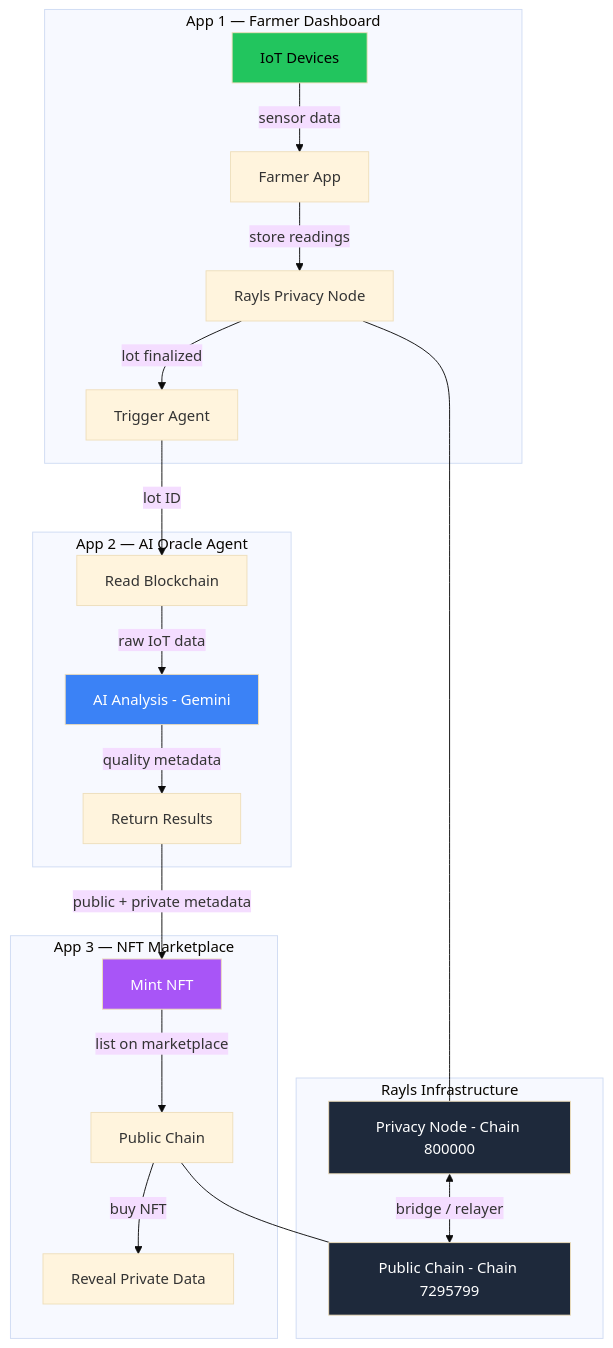
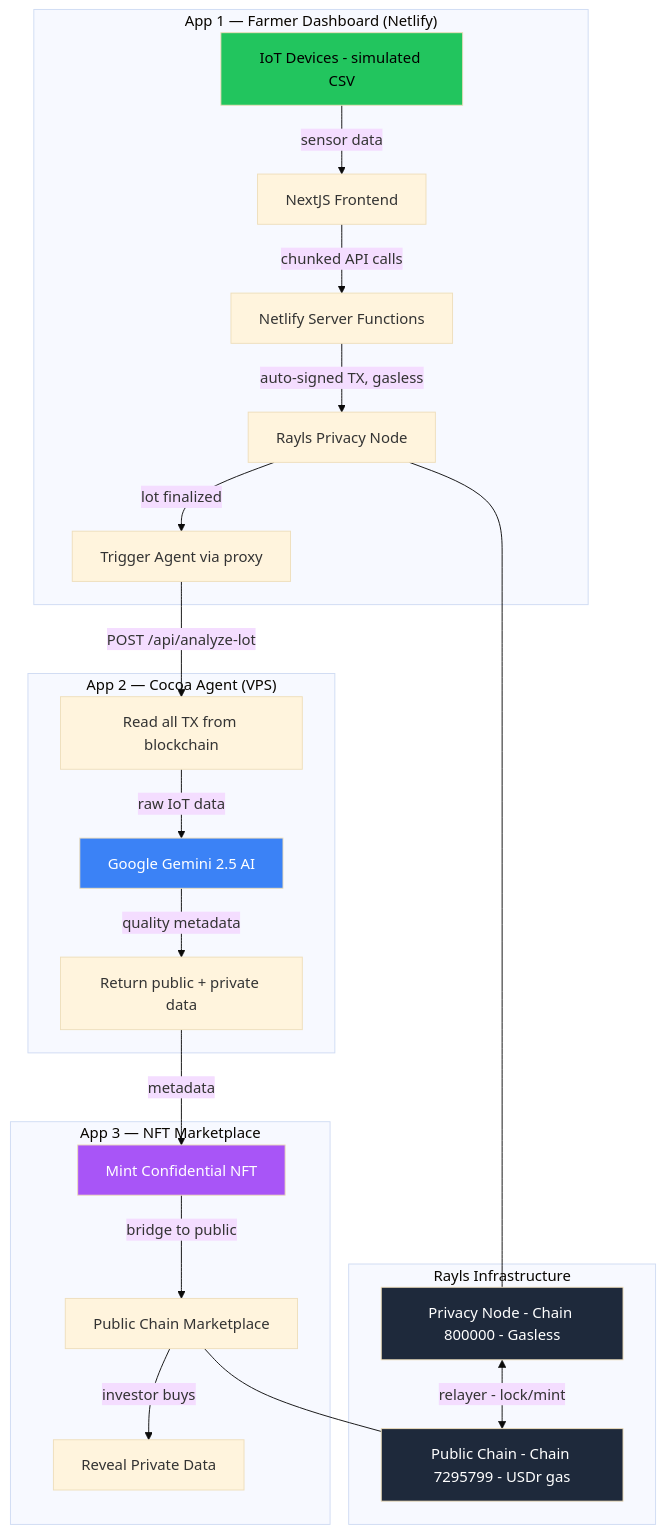
The first of 6 diagrams in README.md (JulioMCruz/Cocoa-Ledger), drawn with Mermaid (base theme) before and after one commit. The commit also changed other lines of this file, not shown here.

Commit message:
update architecture diagram with chunked store and netlify proxy (#19)

````diff
--- a/README.md
+++ b/README.md
@@ -135,32 +135,33 @@
 ```mermaid
 graph TB
-    subgraph "App 1 — Farmer Dashboard"
-        A[IoT Devices] -->|sensor data| B[Farmer App]
-        B -->|store readings| C[Rayls Privacy Node]
-        C -->|lot finalized| D[Trigger Agent]
+    subgraph "App 1 — Farmer Dashboard (Netlify)"
+        A[IoT Devices - simulated CSV] -->|sensor data| B[NextJS Frontend]
+        B -->|chunked API calls| C[Netlify Server Functions]
+        C -->|auto-signed TX, gasless| D[Rayls Privacy Node]
+        D -->|lot finalized| E[Trigger Agent via proxy]
     end
 
-    subgraph "App 2 — AI Oracle Agent"
-        D -->|lot ID| E[Read Blockchain]
-        E -->|raw IoT data| F[AI Analysis - Gemini]
-        F -->|quality metadata| G[Return Results]
+    subgraph "App 2 — Cocoa Agent (VPS)"
+        E -->|POST /api/analyze-lot| F[Read all TX from blockchain]
+        F -->|raw IoT data| G[Google Gemini 2.5 AI]
+        G -->|quality metadata| H[Return public + private data]
     end
 
     subgraph "App 3 — NFT Marketplace"
-        G -->|public + private metadata| H[Mint NFT]
-        H -->|list on marketplace| I[Public Chain]
-        I -->|buy NFT| J[Reveal Private Data]
+        H -->|metadata| I[Mint Confidential NFT]
+        I -->|bridge to public| J[Public Chain Marketplace]
+        J -->|investor buys| K[Reveal Private Data]
     end
 
     subgraph "Rayls Infrastructure"
-        C --- K[Privacy Node - Chain 800000]
-        I --- L[Public Chain - Chain 7295799]
-        K <-->|bridge / relayer| L
+        D --- L[Privacy Node - Chain 800000 - Gasless]
+        J --- M[Public Chain - Chain 7295799 - USDr gas]
+        L <-->|relayer - lock/mint| M
     end
 
     style A fill:#22c55e,color:#000
-    style F fill:#3b82f6,color:#fff
-    style H fill:#a855f7,color:#fff
-    style K fill:#1e293b,color:#fff
+    style G fill:#3b82f6,color:#fff
+    style I fill:#a855f7,color:#fff
     style L fill:#1e293b,color:#fff
+    style M fill:#1e293b,color:#fff
 ```
````
